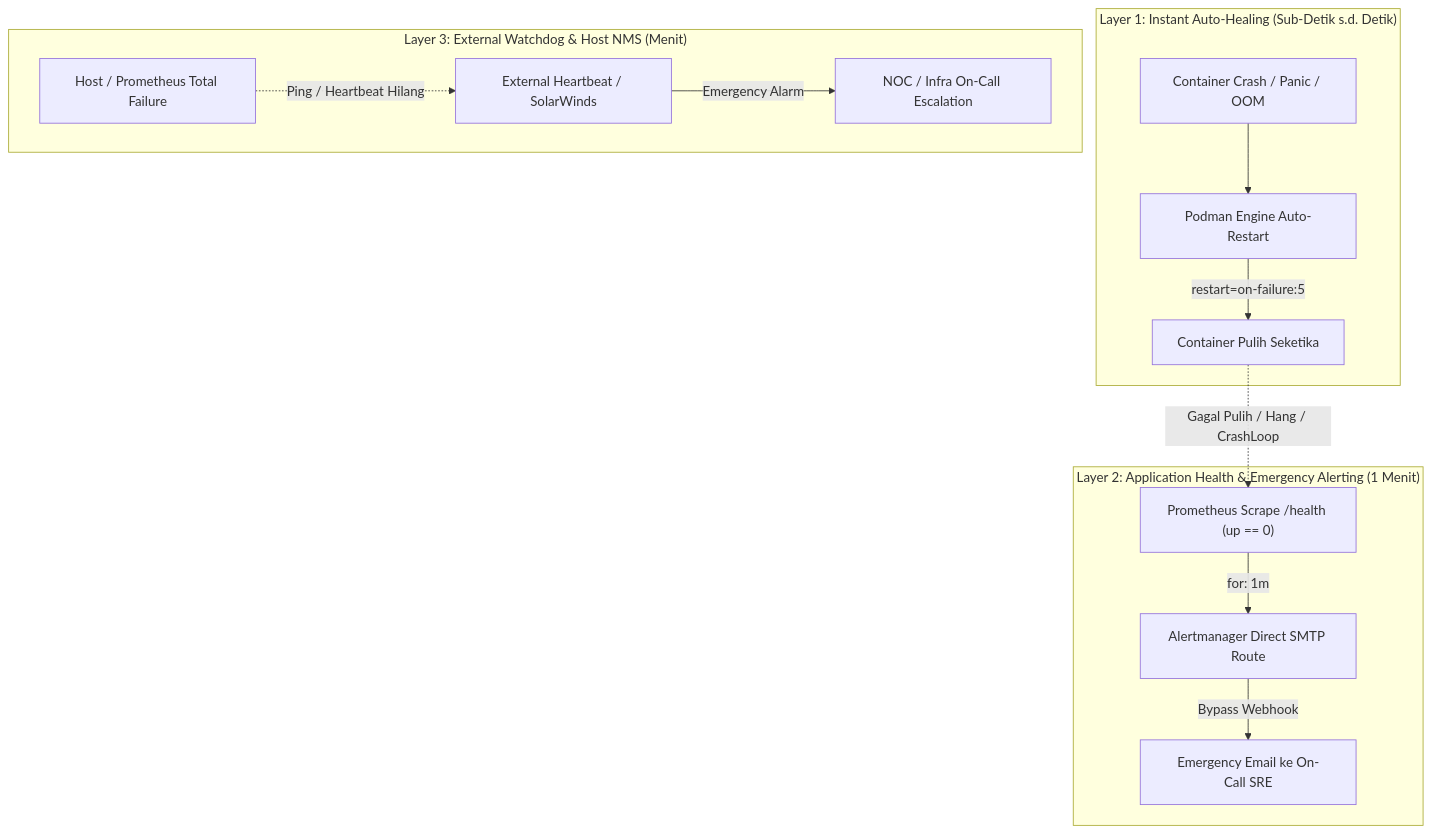
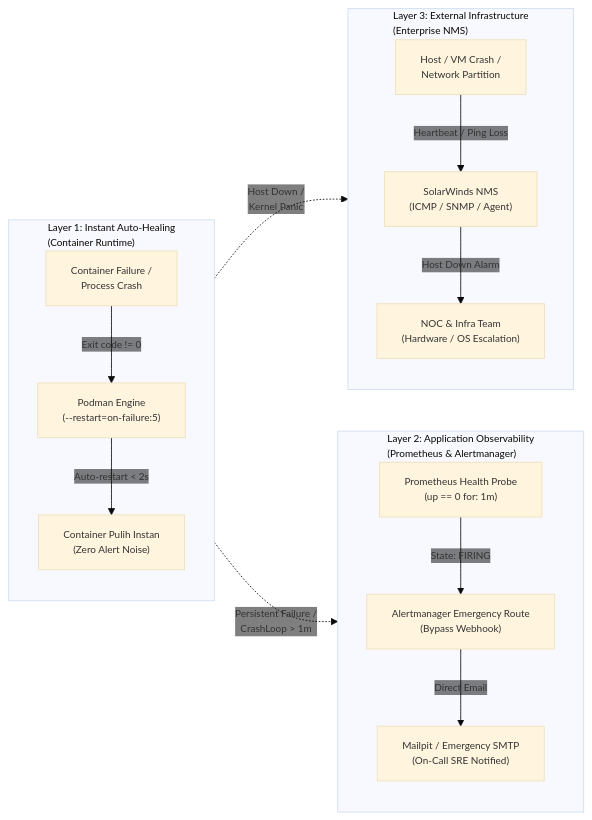
Before and after one commit to edkas07-oss/devops-handbook: the diagram in docs/adr/tomcat-monitoring/adr-records/TM-ADR-0021.md, drawn with Mermaid. The commit also changed 1 other file, not shown here.

Commit message:
style(mermaid): redesign 3-layer resilience diagram to clean horizontal multi-column layout

````diff
--- a/docs/adr/tomcat-monitoring/adr-records/TM-ADR-0021.md
+++ b/docs/adr/tomcat-monitoring/adr-records/TM-ADR-0021.md
@@ -35,18 +35,46 @@
 ```mermaid
-flowchart TD
-    subgraph Layer1["Layer 1: Instant Auto-Healing (Sub-Detik s.d. Detik)"]
-        Crash["Container Crash / Panic / OOM"] --> Orchestrator["Podman Engine Auto-Restart"]
-        Orchestrator -->|"restart=on-failure:5"| Running["Container Pulih Seketika"]
+%%{init: {
+  'theme': 'base',
+  'themeVariables': {
+    'edgeLabelBackground': 'transparent',
+    'fontSize': '12px'
+  }
+}}%%
+flowchart LR
+    %% Layer 1: Instant Auto-Healing
+    subgraph L1["Layer 1: Instant Auto-Healing<br/>(Container Runtime)"]
+        direction TB
+        Crash["Container Failure /<br/>Process Crash"]
+        Podman["Podman Engine<br/>(--restart=on-failure:5)"]
+        Healed["Container Pulih Instan<br/>(Zero Alert Noise)"]
+
+        Crash -->|"Exit code != 0"| Podman
+        Podman -->|"Auto-restart < 2s"| Healed
     end
 
-    subgraph Layer2["Layer 2: Application Health & Emergency Alerting (1 Menit)"]
-        Running -.->|"Gagal Pulih / Hang / CrashLoop"| PromProbe["Prometheus Scrape /health (up == 0)"]
-        PromProbe -->|"for: 1m"| AMRoute["Alertmanager Direct SMTP Route"]
-        AMRoute -->|"Bypass Webhook"| SREAlert["Emergency Email ke On-Call SRE"]
+    %% Layer 2: Logical & Persistent Failure
+    subgraph L2["Layer 2: Application Observability<br/>(Prometheus & Alertmanager)"]
+        direction TB
+        Probe["Prometheus Health Probe<br/>(up == 0 for: 1m)"]
+        AM["Alertmanager Emergency Route<br/>(Bypass Webhook)"]
+        SRE["Mailpit / Emergency SMTP<br/>(On-Call SRE Notified)"]
+
+        Probe -->|"State: FIRING"| AM
+        AM -->|"Direct Email"| SRE
     end
 
-    subgraph Layer3["Layer 3: External Watchdog & Host NMS (Menit)"]
-        HostDown["Host / Prometheus Total Failure"] -.->|"Ping / Heartbeat Hilang"| Watchdog["External Heartbeat / SolarWinds"]
-        Watchdog -->|"Emergency Alarm"| NOC["NOC / Infra On-Call Escalation"]
+    %% Layer 3: External Infrastructure
+    subgraph L3["Layer 3: External Infrastructure<br/>(Enterprise NMS)"]
+        direction TB
+        HostOutage["Host / VM Crash /<br/>Network Partition"]
+        SolarWinds["SolarWinds NMS<br/>(ICMP / SNMP / Agent)"]
+        NOC["NOC & Infra Team<br/>(Hardware / OS Escalation)"]
+
+        HostOutage -->|"Heartbeat / Ping Loss"| SolarWinds
+        SolarWinds -->|"Host Down Alarm"| NOC
     end
+
+    %% Cross-layer escalation flows
+    Crash -.->|"Persistent Failure /<br/>CrashLoop > 1m"| Probe
+    Healed -.->|"Host Down /<br/>Kernel Panic"| HostOutage
 ```
````
